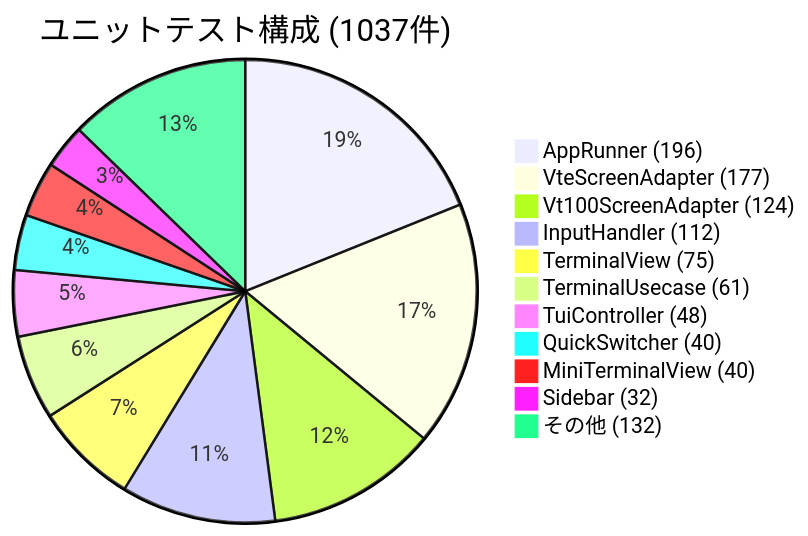
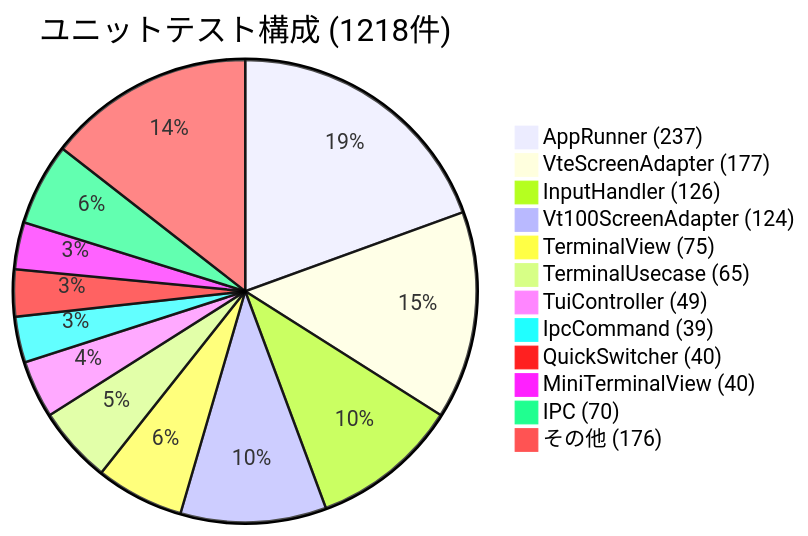
One commit to Kobayashi-takumi/cli-manager changed the sixth of 6 diagrams in README.md. Above: the diagram before and after it, drawn with Mermaid. The commit also changed other lines of this file and 19 other files, not shown here.

````diff
--- a/README.md
+++ b/README.md
@@ -574,14 +604,15 @@
 ```mermaid
-pie title ユニットテスト構成 (1037件)
-    "AppRunner (196)" : 196
+pie title ユニットテスト構成 (1218件)
+    "AppRunner (237)" : 237
     "VteScreenAdapter (177)" : 177
+    "InputHandler (126)" : 126
     "Vt100ScreenAdapter (124)" : 124
-    "InputHandler (112)" : 112
     "TerminalView (75)" : 75
-    "TerminalUsecase (61)" : 61
-    "TuiController (48)" : 48
+    "TerminalUsecase (65)" : 65
+    "TuiController (49)" : 49
+    "IpcCommand (39)" : 39
     "QuickSwitcher (40)" : 40
     "MiniTerminalView (40)" : 40
-    "Sidebar (32)" : 32
-    "その他 (132)" : 132
+    "IPC (70)" : 70
+    "その他 (176)" : 176
 ```
````
